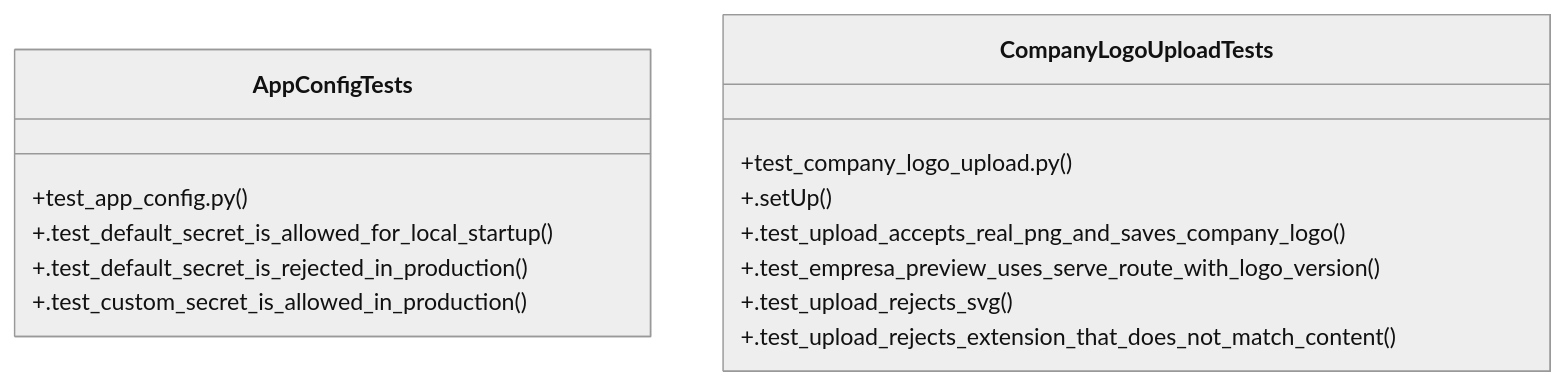
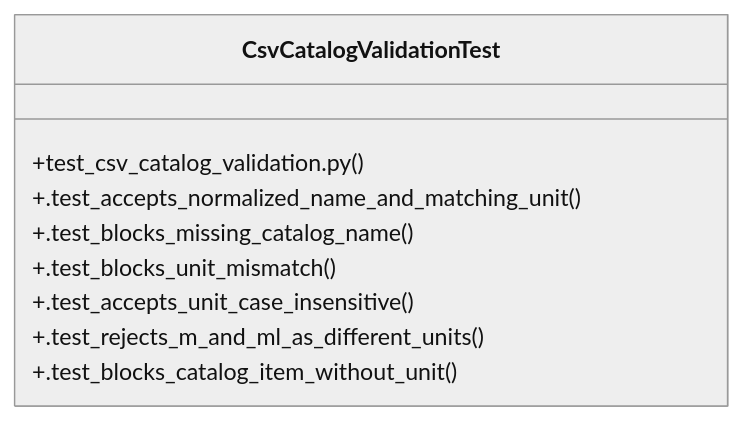
The diagram in graphify-out/wiki/Community_28.md (Daftrick/ProjectTracker), drawn with Mermaid (neutral theme) before and after one commit. The commit also changed other lines of this file and 465 other files, not shown here.

````diff
--- a/graphify-out/wiki/Community_28.md
+++ b/graphify-out/wiki/Community_28.md
@@ -24,17 +24,12 @@
 ```mermaid
 classDiagram
-    class AppConfigTests {
-        +test_app_config.py()
-        +.test_default_secret_is_allowed_for_local_startup()
-        +.test_default_secret_is_rejected_in_production()
-        +.test_custom_secret_is_allowed_in_production()
-    }
-    class CompanyLogoUploadTests {
-        +test_company_logo_upload.py()
-        +.setUp()
-        +.test_upload_accepts_real_png_and_saves_company_logo()
-        +.test_empresa_preview_uses_serve_route_with_logo_version()
-        +.test_upload_rejects_svg()
-        +.test_upload_rejects_extension_that_does_not_match_content()
+    class CsvCatalogValidationTest {
+        +test_csv_catalog_validation.py()
+        +.test_accepts_normalized_name_and_matching_unit()
+        +.test_blocks_missing_catalog_name()
+        +.test_blocks_unit_mismatch()
+        +.test_accepts_unit_case_insensitive()
+        +.test_rejects_m_and_ml_as_different_units()
+        +.test_blocks_catalog_item_without_unit()
     }
 ```
````
